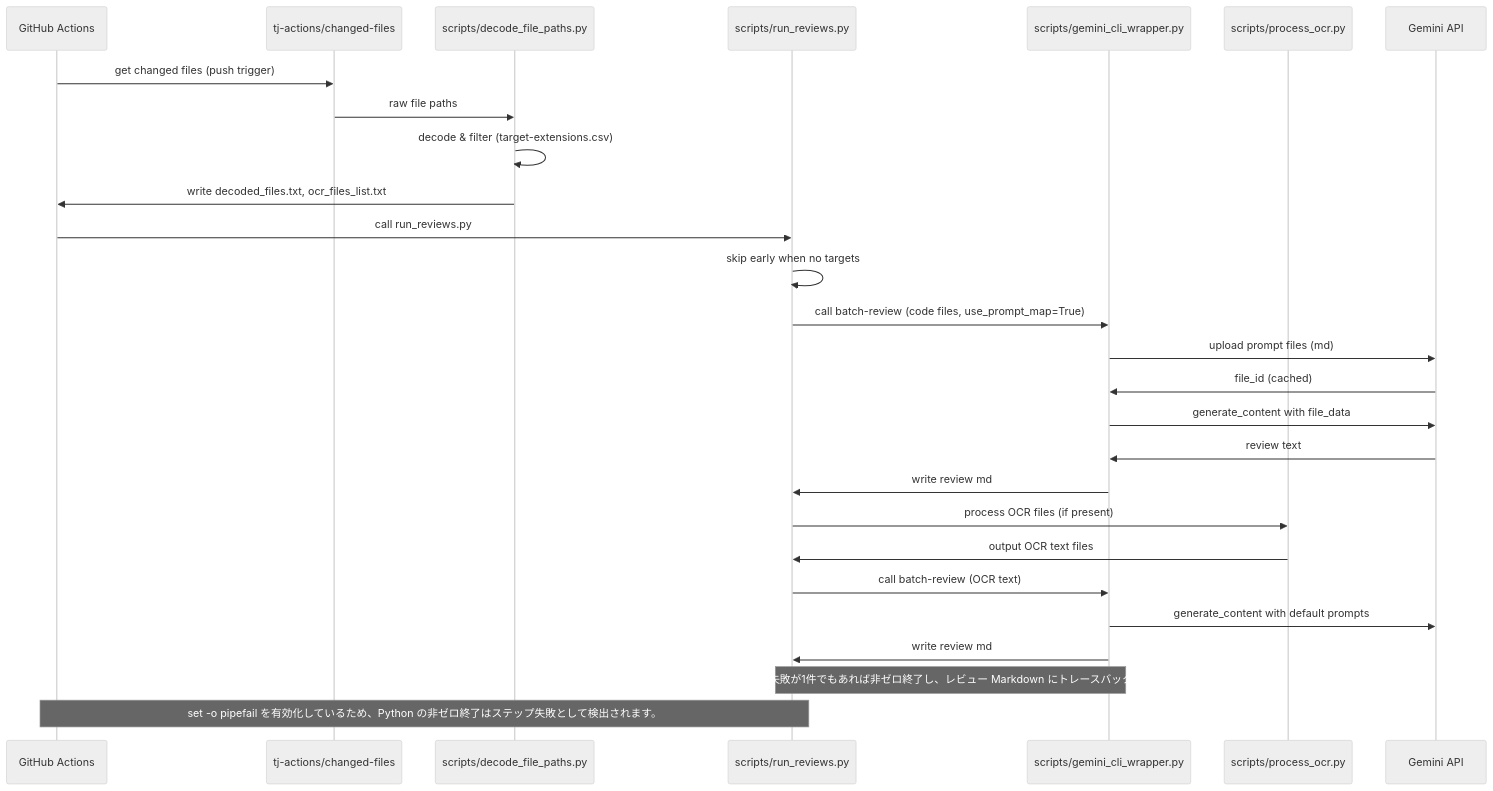
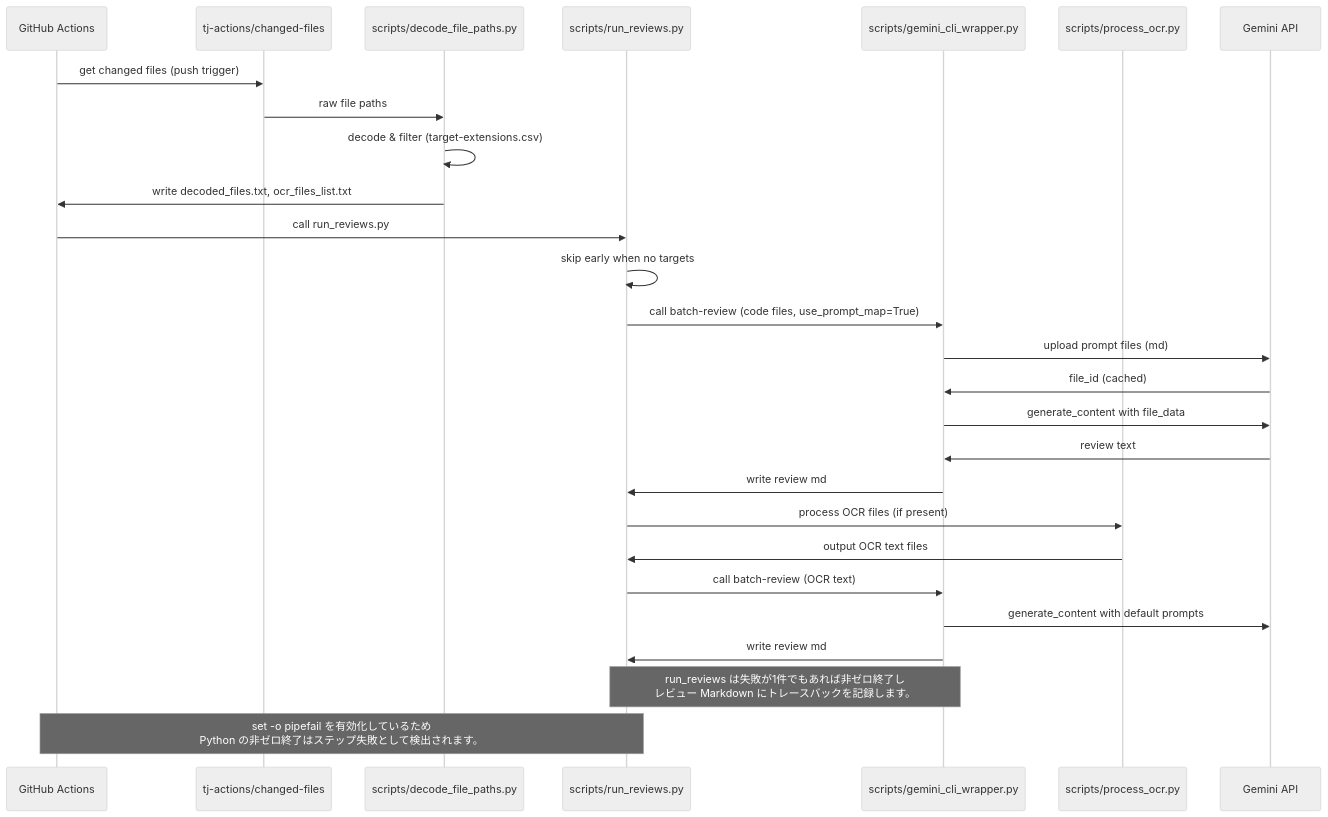
The second of 2 diagrams in manual/review_system_diagram.md (m-Inmoat/review-automation), drawn with Mermaid (neutral theme) before and after one commit. The commit also changed other lines of this file, not shown here.

Commit message:
Mermaid フローチャートの注釈を簡素化し、可読性を向上させる

````diff
--- a/manual/review_system_diagram.md
+++ b/manual/review_system_diagram.md
@@ -59,33 +46,33 @@
 ```mermaid
 sequenceDiagram
     participant GH as GitHub Actions
     participant CF as tj-actions/changed-files
     participant DEC as scripts/decode_file_paths.py
     participant RUN as scripts/run_reviews.py
     participant GEM as scripts/gemini_cli_wrapper.py
     participant OCR as scripts/process_ocr.py
     participant API as Gemini API
 
     GH->>CF: get changed files (push trigger)
     CF->>DEC: raw file paths
     DEC->>DEC: decode & filter (target-extensions.csv)
     DEC->>GH: write decoded_files.txt, ocr_files_list.txt
 
     GH->>RUN: call run_reviews.py
     RUN->>RUN: skip early when no targets
     RUN->>GEM: call batch-review (code files, use_prompt_map=True)
     GEM->>API: upload prompt files (md)
     API->>GEM: file_id (cached)
     GEM->>API: generate_content with file_data
     API->>GEM: review text
     GEM->>RUN: write review md
 
     RUN->>OCR: process OCR files (if present)
     OCR->>RUN: output OCR text files
     RUN->>GEM: call batch-review (OCR text)
     GEM->>API: generate_content with default prompts
     GEM->>RUN: write review md
 
-   Note over RUN,GEM: run_reviews は失敗が1件でもあれば非ゼロ終了し、レビュー Markdown にトレースバックを記録します。
-   Note over GH,RUN: set -o pipefail を有効化しているため、Python の非ゼロ終了はステップ失敗として検出されます。
+   Note over RUN,GEM: run_reviews は失敗が1件でもあれば非ゼロ終了し<br/>レビュー Markdown にトレースバックを記録します。
+   Note over GH,RUN: set -o pipefail を有効化しているため<br/>Python の非ゼロ終了はステップ失敗として検出されます。
 ```
````
